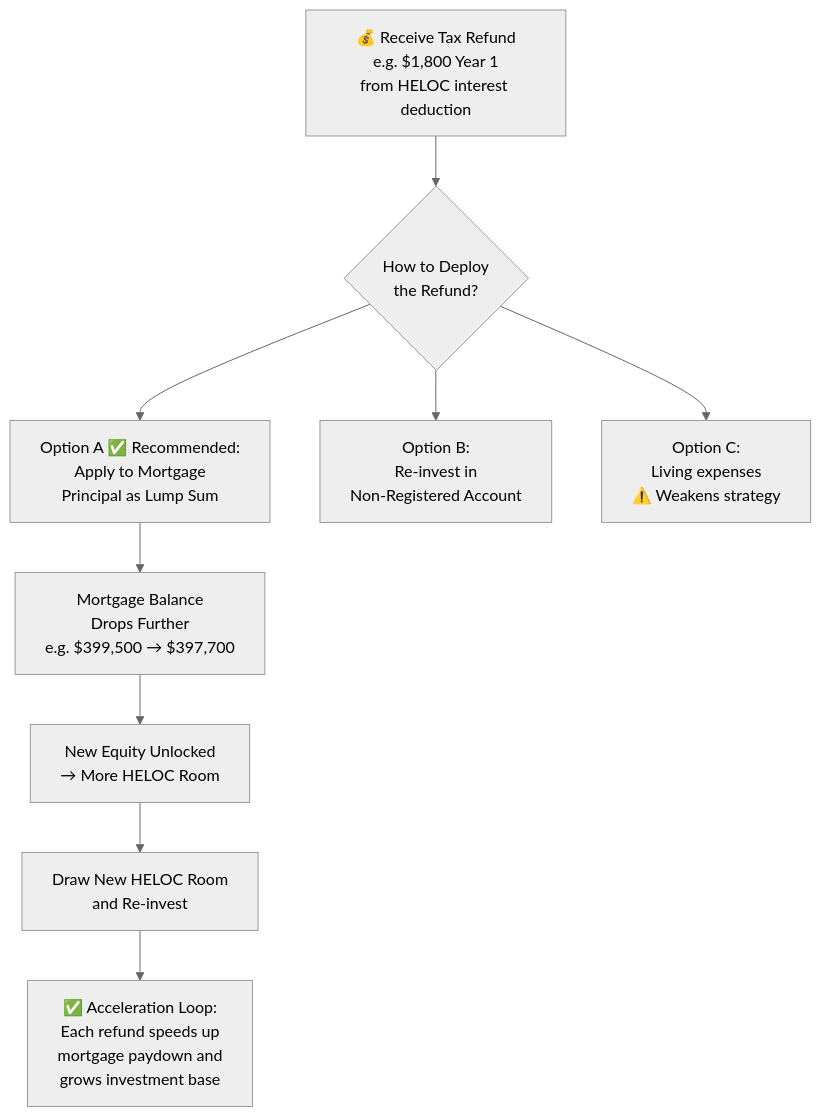
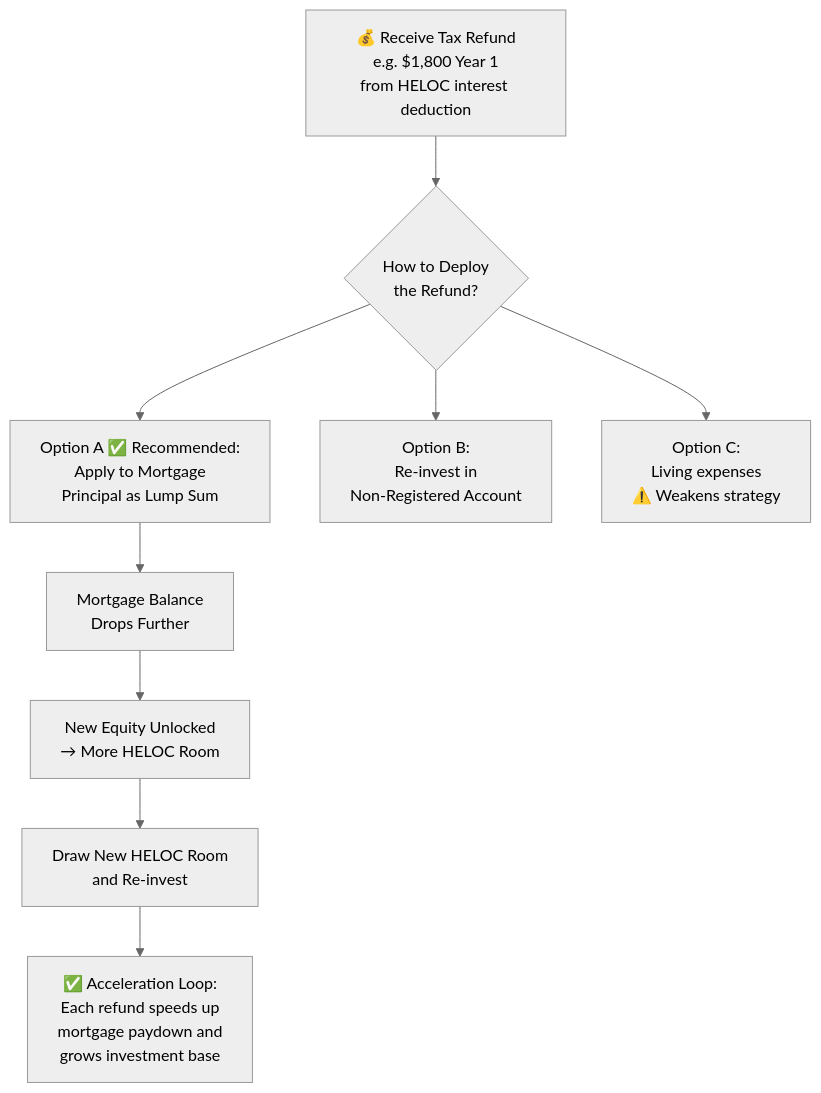
One commit to latetedemelon/SmitheManeuver changed the fifth of 7 diagrams in README.md. Above: the diagram before and after it, drawn with Mermaid (neutral theme). The commit also changed other lines of this file, not shown here.

```diff
--- a/README.md
+++ b/README.md
@@ -781,11 +473,11 @@
       <div class="mermaid">
 flowchart TD
     A[💰 Receive Tax Refund\ne.g. $1,800 Year 1\nfrom HELOC interest deduction] --> B{How to Deploy\nthe Refund?}
     B --> C[Option A ✅ Recommended:\nApply to Mortgage\nPrincipal as Lump Sum]
     B --> D[Option B:\nRe-invest in\nNon-Registered Account]
     B --> E[Option C:\nLiving expenses\n⚠️ Weakens strategy]
-    C --> F[Mortgage Balance\nDrops Further\ne.g. $399,500 → $397,700]
+    C --> F[Mortgage Balance\nDrops Further]
     F --> G[New Equity Unlocked\n→ More HELOC Room]
     G --> H[Draw New HELOC Room\nand Re-invest]
     H --> I[✅ Acceleration Loop:\nEach refund speeds up\nmortgage paydown and\ngrows investment base]
       </div>
```
